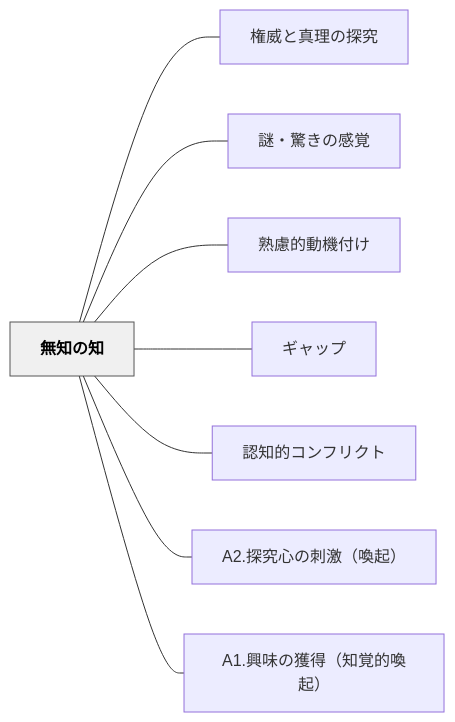
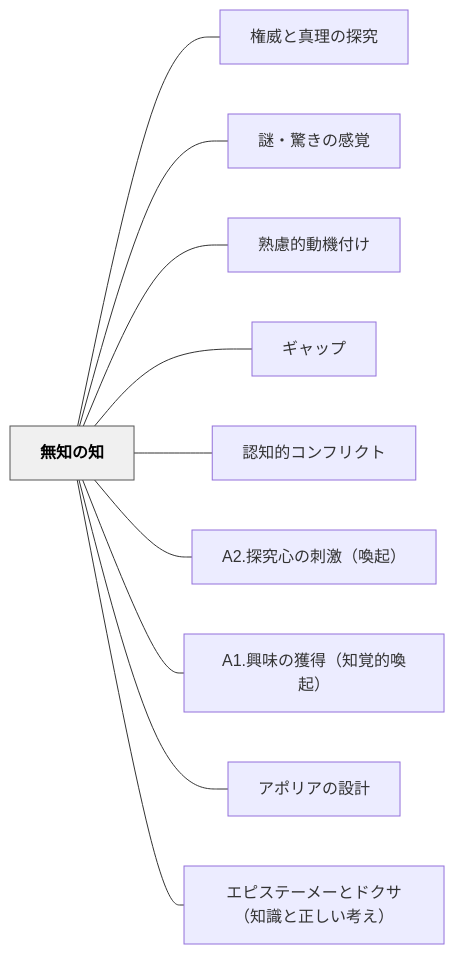
One commit to unknownthings-ed-patterns/unknownthings-ed-patterns changed the diagram in content/パタン/無知の知.md. Above: the diagram before and after it, drawn with Mermaid. The commit also changed other lines of this file and 17 other files, not shown here.

````diff
--- a/content/パタン/無知の知.md
+++ b/content/パタン/無知の知.md
@@ -37,22 +63,26 @@
 ```mermaid
 flowchart LR
     ne784a1e79fa5e381aee79fa5["無知の知"]
     ne6a8a9e5a881e381a8e79c9fe79086e381aee68ea2e7a9b6["権威と真理の探究"]
     ne8ac8ee383bbe9a99ae3818de381aee6849fe8a69a["謎・驚きの感覚"]
     ne7869fe685aee79a84e58b95e6a99fe4bb98e38191["熟慮的動機付け"]
     ne382aee383a3e38383e38397["ギャップ"]
     ne8aa8de79fa5e79a84e382b3e383b3e38395e383aae382afe38388["認知的コンフリクト"]
     n41322ee68ea2e7a9b6e5bf83e381aee588bae6bf80efbc88e5969ae8b5b7efbc89["A2.探究心の刺激（喚起）"]
     n41312ee88888e591b3e381aee78db2e5be97efbc88e79fa5e8a69ae79a84e5969ae8b5b7efbc89["A1.興味の獲得（知覚的喚起）"]
+    ne382a2e3839de383aae382a2e381aee8a8ade8a888["アポリアの設計"]
+    ne382a8e38394e382b9e38386e383bce383a1e383bce381a8e38389e382afe382b5efbc88e79fa5e8ad98e381a8e6ada3e38197e38184e88083e38188efbc89["エピステーメーとドクサ（知識と正しい考え）"]
 
     ne784a1e79fa5e381aee79fa5 --- ne6a8a9e5a881e381a8e79c9fe79086e381aee68ea2e7a9b6
     ne784a1e79fa5e381aee79fa5 --- ne8ac8ee383bbe9a99ae3818de381aee6849fe8a69a
     ne784a1e79fa5e381aee79fa5 --- ne7869fe685aee79a84e58b95e6a99fe4bb98e38191
     ne784a1e79fa5e381aee79fa5 --- ne382aee383a3e38383e38397
     ne784a1e79fa5e381aee79fa5 --- ne8aa8de79fa5e79a84e382b3e383b3e38395e383aae382afe38388
     ne784a1e79fa5e381aee79fa5 --- n41322ee68ea2e7a9b6e5bf83e381aee588bae6bf80efbc88e5969ae8b5b7efbc89
     ne784a1e79fa5e381aee79fa5 --- n41312ee88888e591b3e381aee78db2e5be97efbc88e79fa5e8a69ae79a84e5969ae8b5b7efbc89
+    ne784a1e79fa5e381aee79fa5 --- ne382a2e3839de383aae382a2e381aee8a8ade8a888
+    ne784a1e79fa5e381aee79fa5 --- ne382a8e38394e382b9e38386e383bce383a1e383bce381a8e38389e382afe382b5efbc88e79fa5e8ad98e381a8e6ada3e38197e38184e88083e38188efbc89
 
     classDef hub fill:#f0f0f0,stroke:#555,color:#000,font-weight:bold
     class ne784a1e79fa5e381aee79fa5 hub
 ```
````
